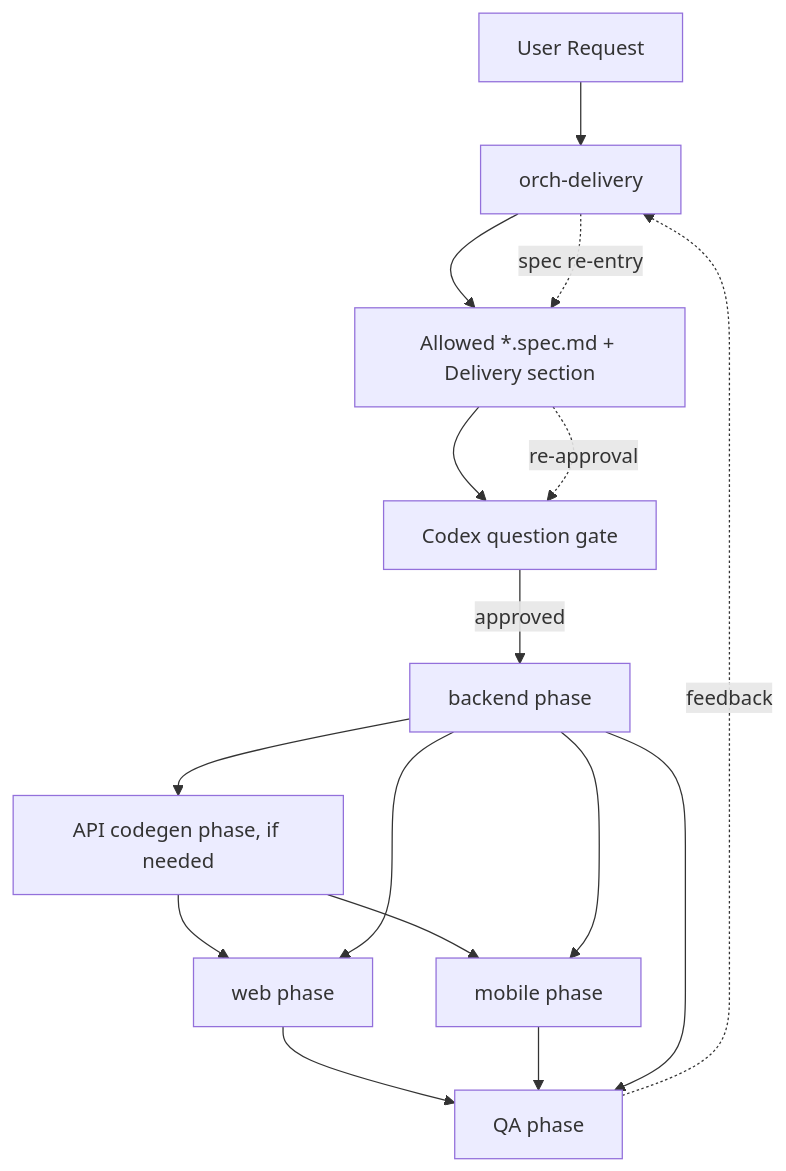
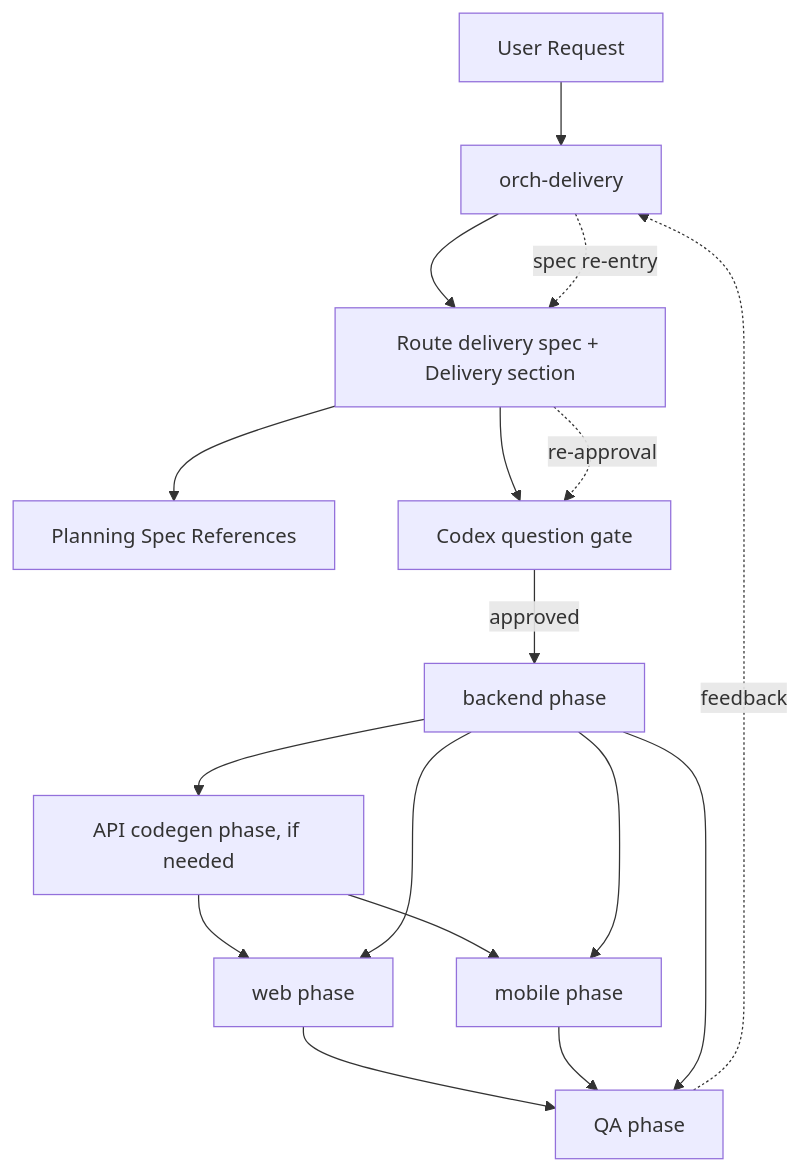
The first of 5 diagrams in docs/orchestration-agent-relationship-flow.md (kimjoongwon/prj-core), drawn with Mermaid before and after one commit. The commit also changed other lines of this file and 76 other files, not shown here.

Commit message:
chore: consolidate delivery spec orchestration

````diff
--- a/docs/orchestration-agent-relationship-flow.md
+++ b/docs/orchestration-agent-relationship-flow.md
@@ -8,19 +9,20 @@
 ```mermaid
 flowchart TD
   Request["User Request"] --> Delivery["orch-delivery"]
-  Delivery --> Spec["Allowed *.spec.md + Delivery section"]
+  Delivery --> Spec["Route delivery spec + Delivery section"]
+  Spec --> Planning["Planning Spec References"]
   Spec --> Ask["Codex question gate"]
   Ask -->|approved| Backend["backend phase"]
   Backend --> Codegen["API codegen phase, if needed"]
   Codegen --> Web["web phase"]
   Codegen --> Mobile["mobile phase"]
   Backend --> Web
   Backend --> Mobile
   Web --> QA["QA phase"]
   Mobile --> QA
   Backend --> QA
 
   QA -. feedback .-> Delivery
   Delivery -. spec re-entry .-> Spec
   Spec -. re-approval .-> Ask
 ```
````
